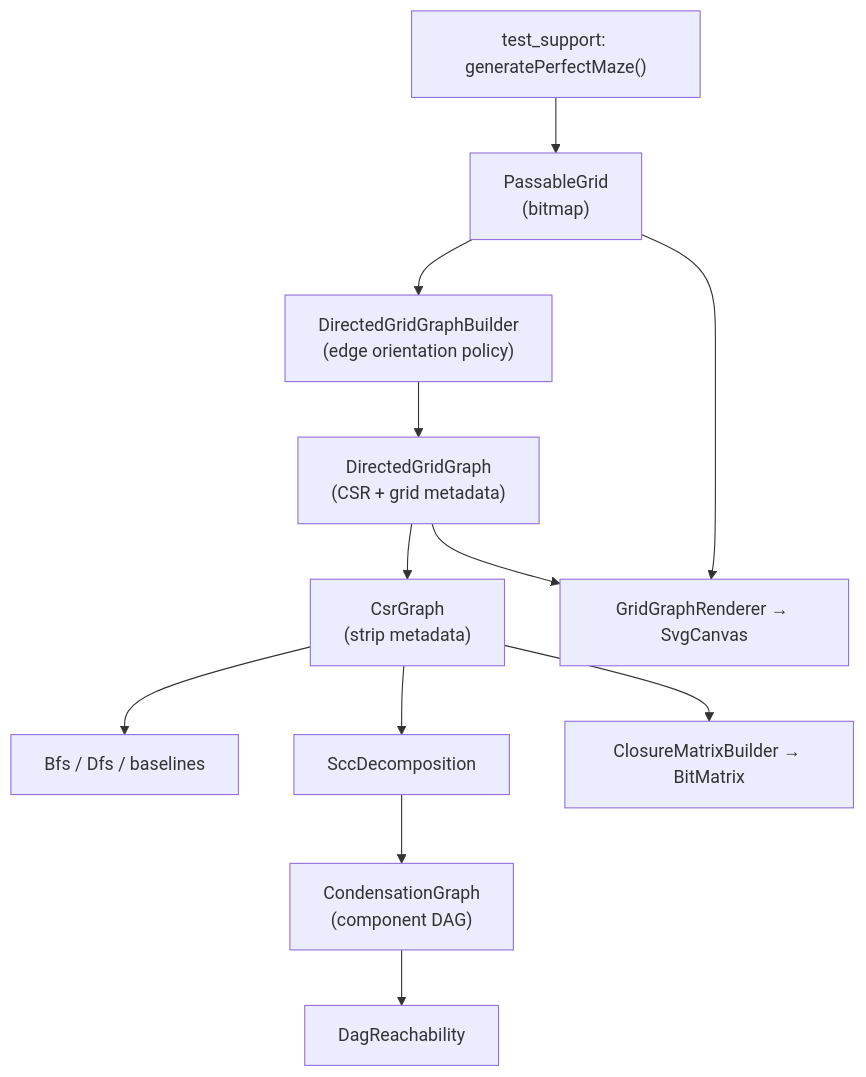
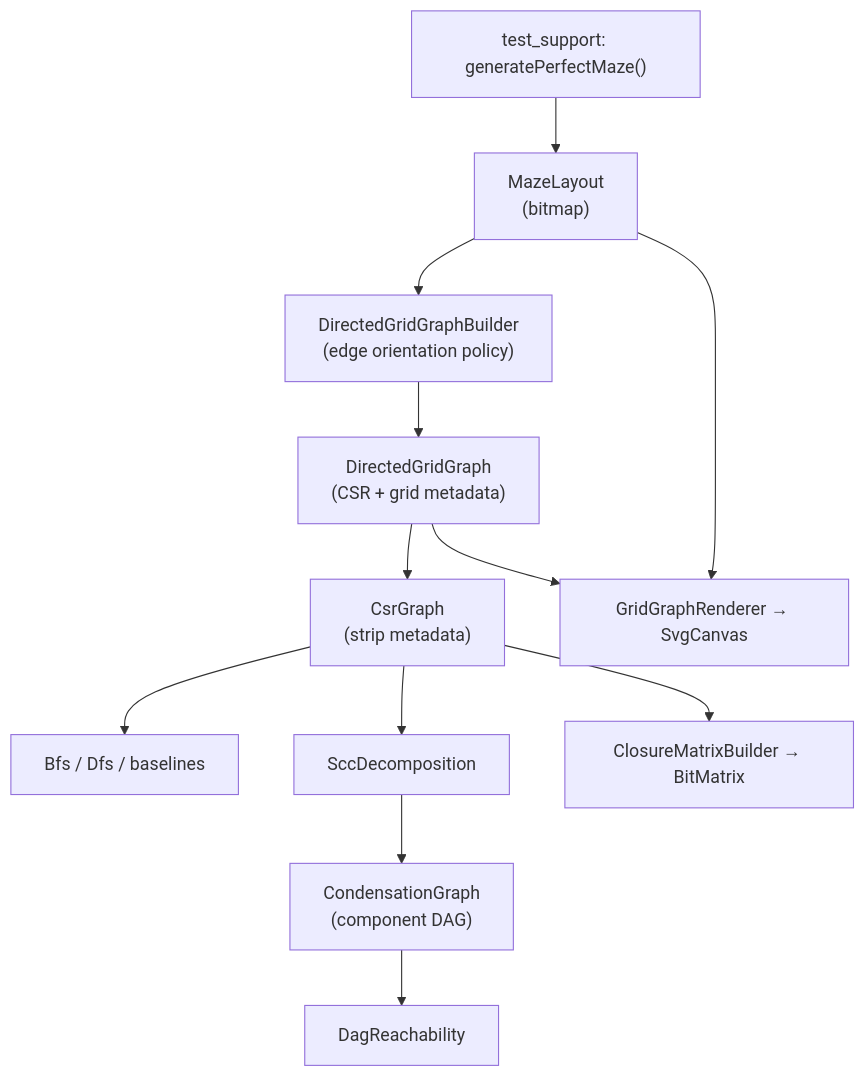
One commit to ozaslan/hbrick changed the diagram in docs/representations.md. Above: the diagram before and after it, drawn with Mermaid. The commit also changed other lines of this file and 30 other files, not shown here.

Commit message:
Add documentation for the library. In particular, add a new module for the graph algorithms and a new module for the bit algorithms.

````diff
--- a/docs/representations.md
+++ b/docs/representations.md
@@ -31,14 +31,14 @@
 ```mermaid
 flowchart TD
-    MazeGen["test_support: generatePerfectMaze()"] --> Grid["PassableGrid\n(bitmap)"]
+    MazeGen["test_support: generatePerfectMaze()"] --> Grid["MazeLayout\n(bitmap)"]
     Grid --> Builder["DirectedGridGraphBuilder\n(edge orientation policy)"]
     Builder --> DGG["DirectedGridGraph\n(CSR + grid metadata)"]
     DGG --> CSR["CsrGraph\n(strip metadata)"]
     CSR --> Search["Bfs / Dfs / baselines"]
     CSR --> SCC["SccDecomposition"]
     SCC --> Cond["CondensationGraph\n(component DAG)"]
     Cond --> DagReach["DagReachability"]
     CSR --> Closure["ClosureMatrixBuilder → BitMatrix"]
     DGG --> Viz["GridGraphRenderer → SvgCanvas"]
     Grid --> Viz
 ```
````
